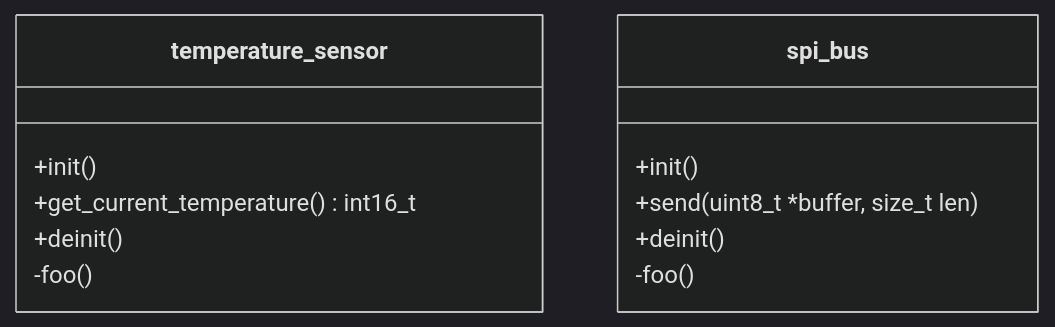
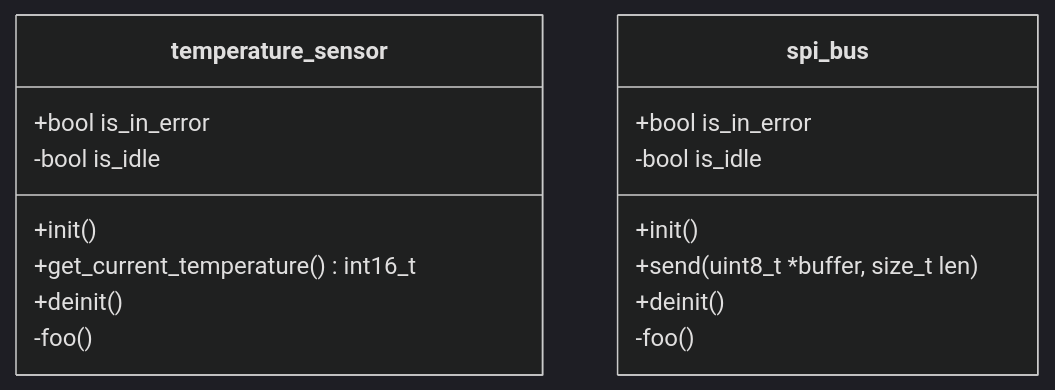
The diagram in 2-basics/2-modularity/README.md (TommasoSerafin/unibz-76088A-materials), drawn with Mermaid (dark theme) before and after one commit. The commit also changed other lines of this file and 7 other files, not shown here.

````diff
--- a/2-basics/2-modularity/README.md
+++ b/2-basics/2-modularity/README.md
@@ -7,14 +7,18 @@
 ```mermaid
 classDiagram
   class temperature_sensor
       temperature_sensor : +init()
       temperature_sensor : +get_current_temperature() int16_t
       temperature_sensor : +deinit()
       temperature_sensor : -foo()
- 
+      temperature_sensor : +bool is_in_error
+      temperature_sensor : -bool is_idle
+
   class spi_bus
       spi_bus : +init()
       spi_bus : +send(uint8_t *buffer, size_t len)
       spi_bus : +deinit()
       spi_bus : -foo()
+      spi_bus : +bool is_in_error
+      spi_bus : -bool is_idle
 ```
````
